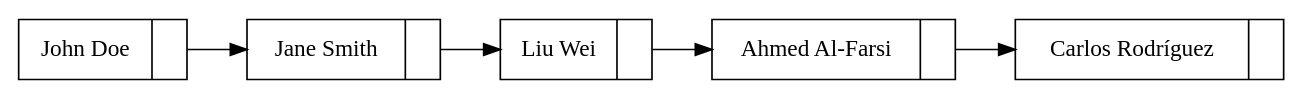
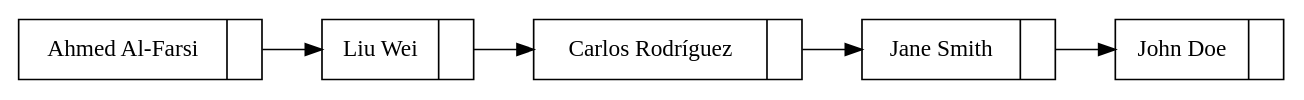
Before and after one commit to Samashoas/202109705_EDD_Practica: the diagram in cmake-build-debug/lista.dot, drawn with Graphviz. The commit also changed 29 other files, not shown here.

```diff
--- a/cmake-build-debug/lista.dot
+++ b/cmake-build-debug/lista.dot
@@ -1,13 +1,13 @@
 digraph G {
 rankdir=LR;
 node [shape=record];
-node0 [label="{<data> John Doe | <next> }"];
+node0 [label="{<data> Ahmed Al-Farsi | <next> }"];
 node0:next:c -> node1:data;
-node1 [label="{<data> Jane Smith | <next> }"];
+node1 [label="{<data> Liu Wei | <next> }"];
 node1:next:c -> node2:data;
-node2 [label="{<data> Liu Wei | <next> }"];
+node2 [label="{<data> Carlos Rodríguez | <next> }"];
 node2:next:c -> node3:data;
-node3 [label="{<data> Ahmed Al-Farsi | <next> }"];
+node3 [label="{<data> Jane Smith | <next> }"];
 node3:next:c -> node4:data;
-node4 [label="{<data> Carlos Rodríguez | <next> }"];
+node4 [label="{<data> John Doe | <next> }"];
 }
```
